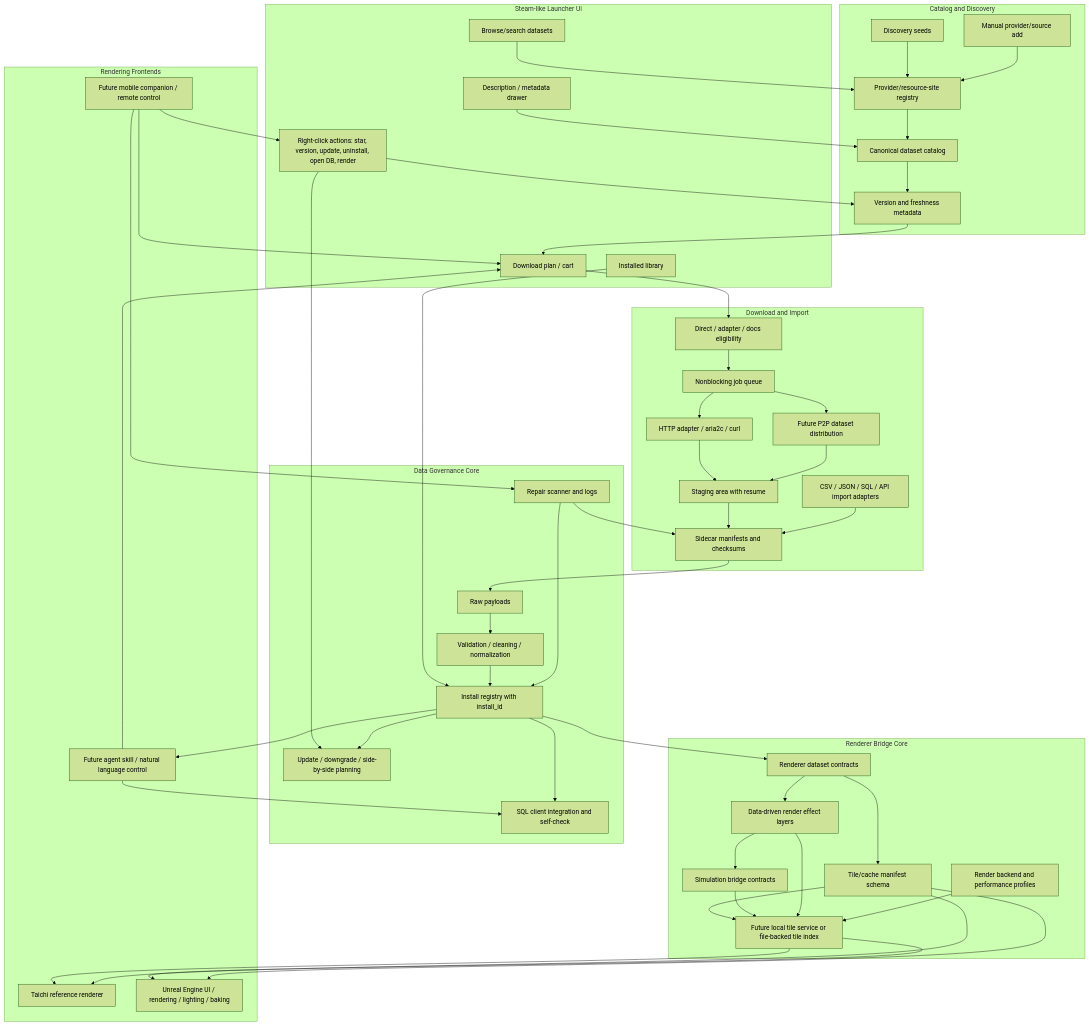
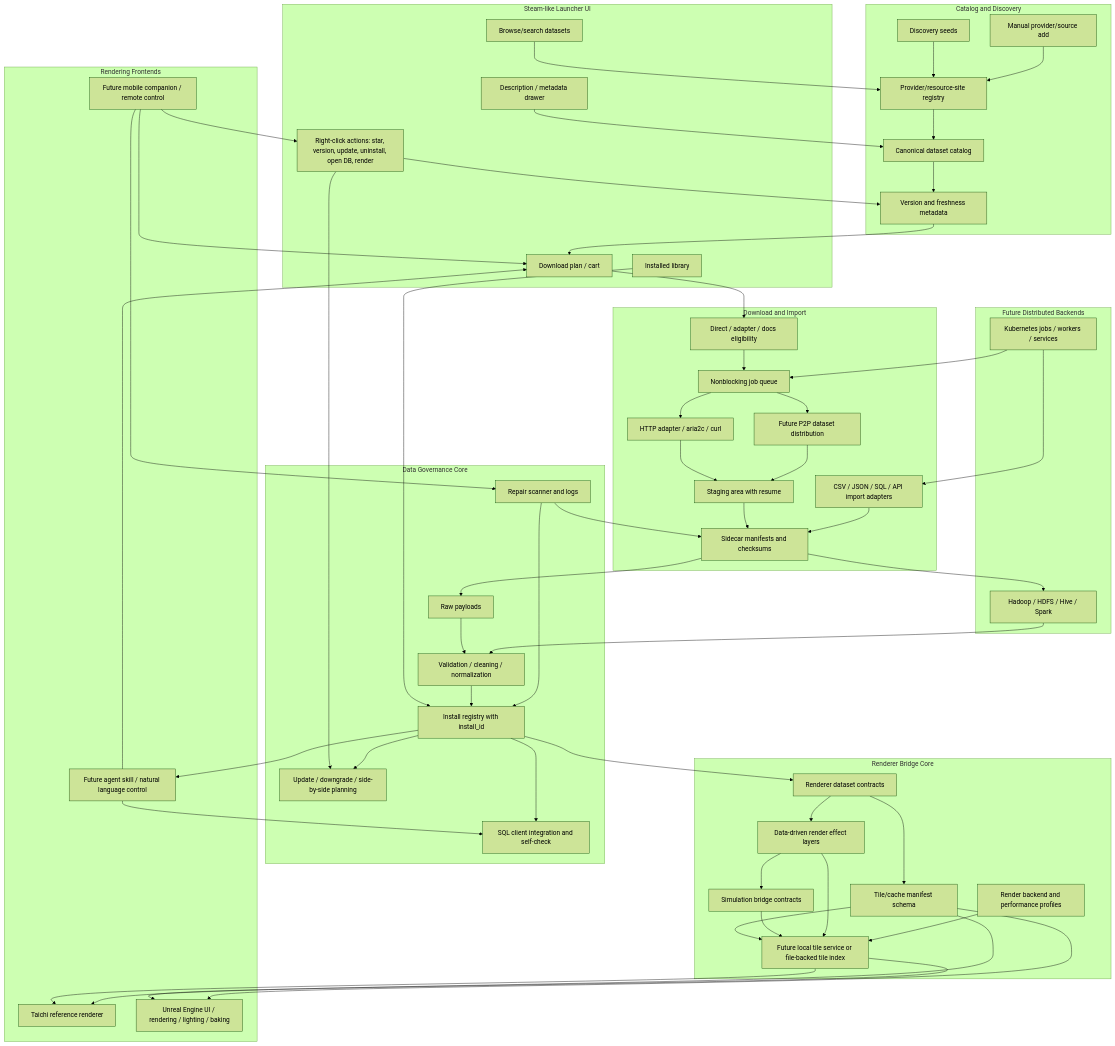
Before and after one commit to YanAnnLu/APIkeys_collection: the third of 3 diagrams in docs/ARCHITECTURE.md, drawn with Mermaid (forest theme). The commit also changed other lines of this file and 12 other files, not shown here.

Commit message:
Reserve Hadoop and Kubernetes pipeline ports

```diff
--- a/docs/ARCHITECTURE.md
+++ b/docs/ARCHITECTURE.md
@@ -41,6 +98,11 @@
         Staging[Staging area with resume]
         Manifests[Sidecar manifests and checksums]
         Imports[CSV / JSON / SQL / API import adapters]
+    end
+
+    subgraph Distributed[Future Distributed Backends]
+        Hadoop[Hadoop / HDFS / Hive / Spark]
+        K8S[Kubernetes jobs / workers / services]
     end
 
     subgraph DataCore[Data Governance Core]
@@ -89,8 +151,12 @@
     Staging --> Manifests
     Imports --> Manifests
     Manifests --> Raw
+    Manifests --> Hadoop
+    K8S --> Queue
+    K8S --> Imports
 
     Raw --> Curation
+    Hadoop --> Curation
     Curation --> Install
     Install --> SQL
     Install --> Update
```
